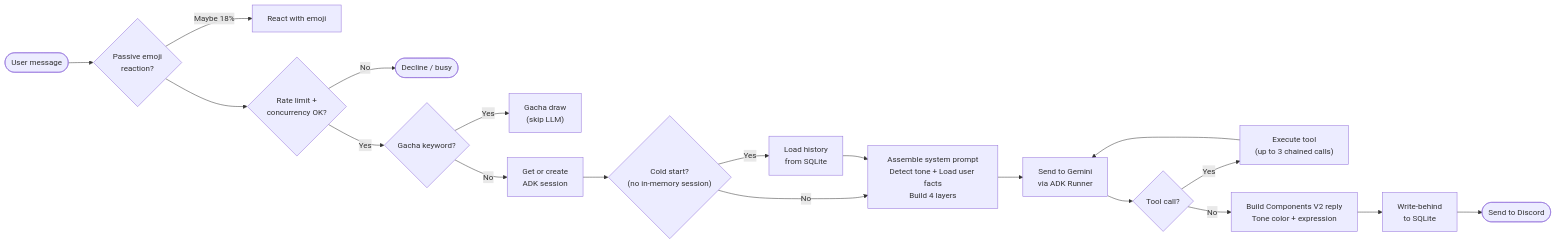
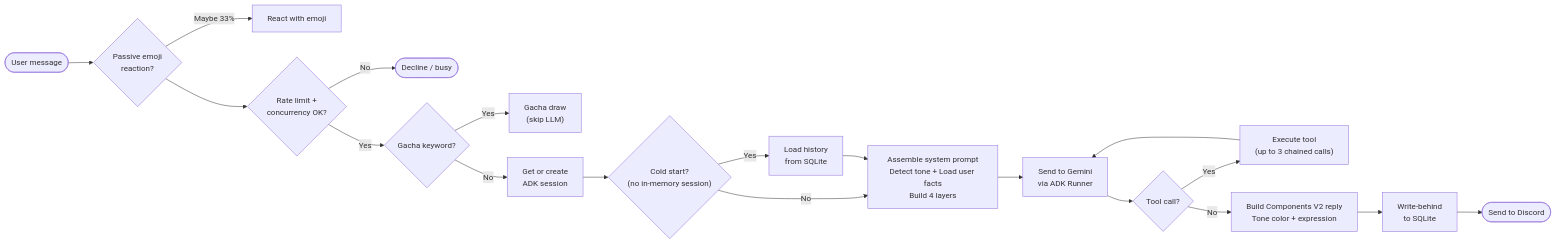
The second of 9 diagrams in README.md (AlaskanTuna/rokabot), drawn with Mermaid before and after one commit. The commit also changed other lines of this file and 1 other file, not shown here.

Commit message:
feat(discord): increase emoji reaction chances

````diff
--- a/README.md
+++ b/README.md
@@ -61,21 +61,21 @@
 ```mermaid
 flowchart LR
     Start([User message]) --> Reaction{"Passive emoji\nreaction?"}
-    Reaction -->|Maybe 18%| React["React with emoji"]
+    Reaction -->|Maybe 33%| React["React with emoji"]
     Reaction --> Guards{Rate limit +\nconcurrency OK?}
     Guards -->|No| Reject([Decline / busy])
     Guards -->|Yes| Gacha{Gacha keyword?}
     Gacha -->|Yes| Draw["Gacha draw\n(skip LLM)"]
     Gacha -->|No| Session["Get or create\nADK session"]
     Session --> Rehydrate{"Cold start?\n(no in-memory session)"}
     Rehydrate -->|Yes| Load["Load history\nfrom SQLite"]
     Rehydrate -->|No| Prompt
     Load --> Prompt["Assemble system prompt\nDetect tone + Load user facts\nBuild 4 layers"]
     Prompt --> Gemini["Send to Gemini\nvia ADK Runner"]
     Gemini --> ToolCheck{Tool call?}
     ToolCheck -->|Yes| Execute["Execute tool\n(up to 3 chained calls)"]
     Execute --> Gemini
     ToolCheck -->|No| Format["Build Components V2 reply\nTone color + expression"]
     Format --> Persist["Write-behind\nto SQLite"]
     Persist --> Send([Send to Discord])
 ```
````
